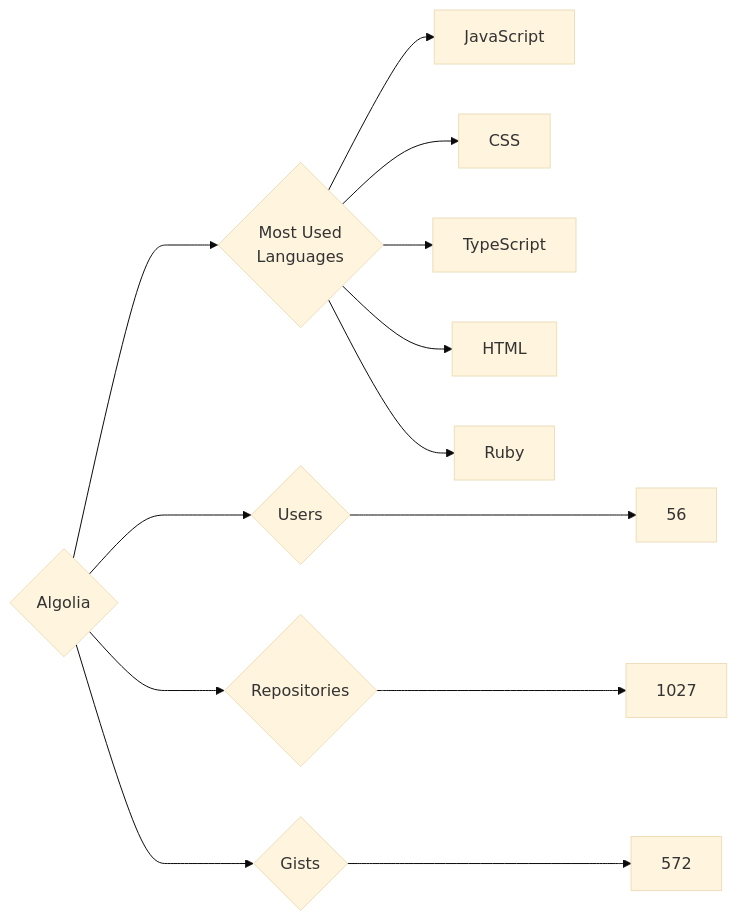
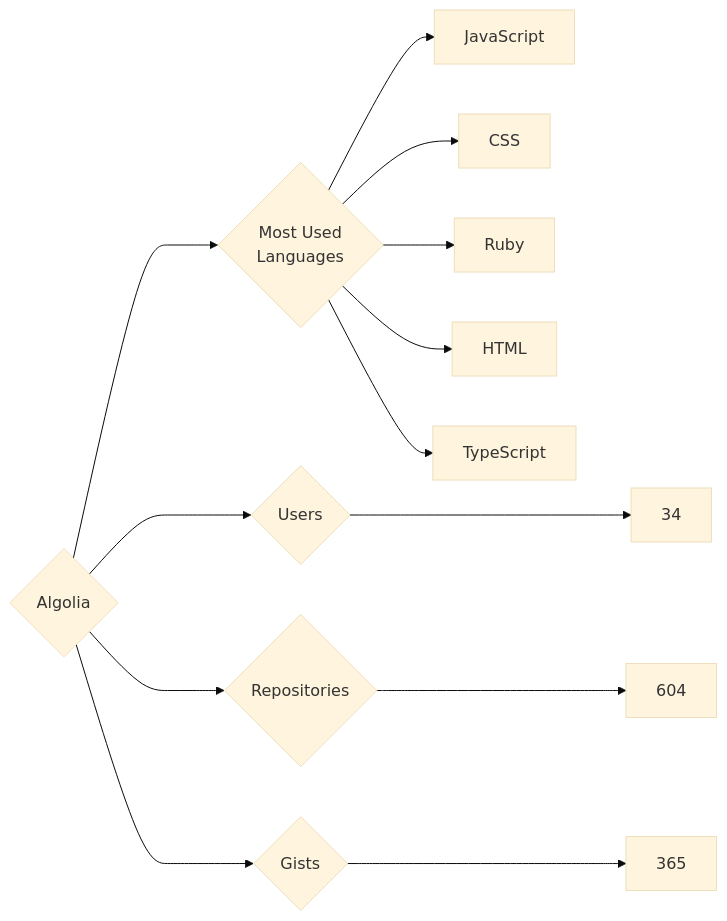
One commit to trickest/insiders changed the diagram in targets/Algolia/README.md. Above: the diagram before and after it, drawn with Mermaid (base theme). The commit also changed 676 other files, not shown here.

````diff
--- a/targets/Algolia/README.md
+++ b/targets/Algolia/README.md
@@ -3,13 +3,13 @@
 ```mermaid
 graph LR
 COMPANY_NAME{Algolia}
-COMPANY_NAME ---> U{Users} ---> UN[56]
-COMPANY_NAME ---> R{Repositories} ---> RN[1027]
-COMPANY_NAME ---> G{Gists} ---> GN[572]
+COMPANY_NAME ---> U{Users} ---> UN[34]
+COMPANY_NAME ---> R{Repositories} ---> RN[604]
+COMPANY_NAME ---> G{Gists} ---> GN[365]
 COMPANY_NAME ---> ML{Most Used<br>Languages}
 ML --> JavaScript[JavaScript]
 ML --> CSS[CSS]
+ML --> Ruby[Ruby]
+ML --> HTML[HTML]
 ML --> TypeScript[TypeScript]
-ML --> HTML[HTML]
-ML --> Ruby[Ruby]
 ```
````
